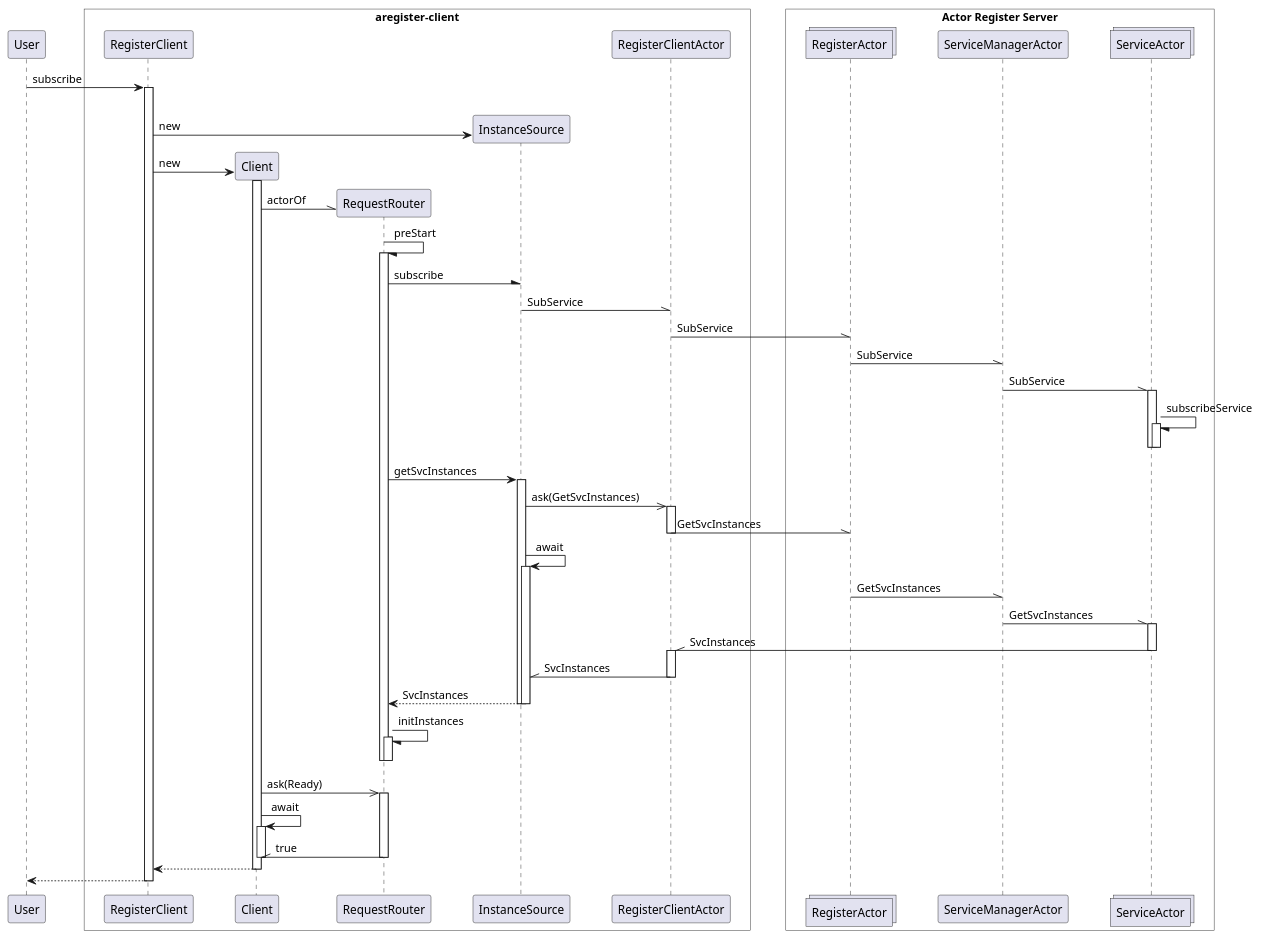
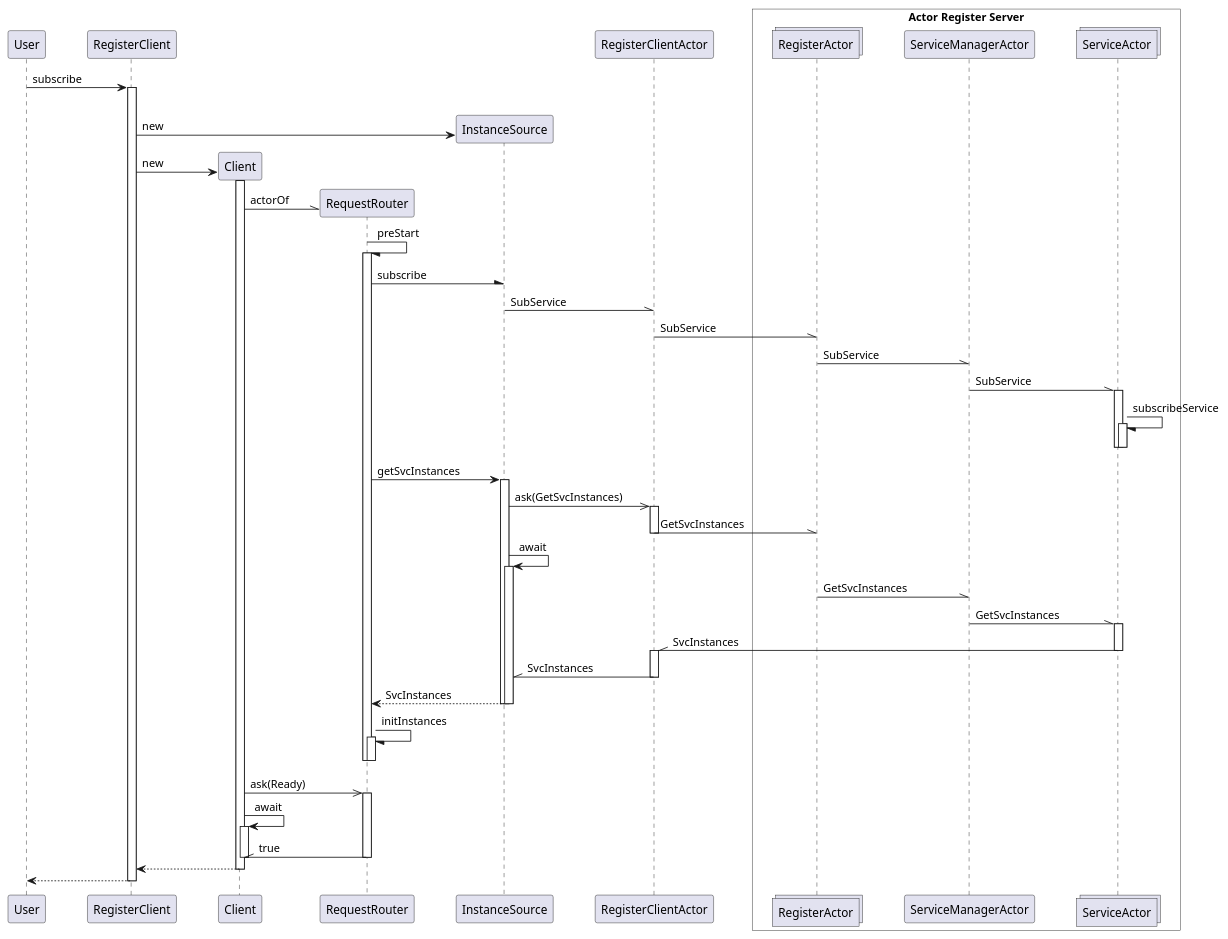
Before and after one commit to arksea/aregister: the diagram in aregister/src/main/puml/subscribe.puml, drawn with PlantUML. The commit also changed 2 other files, not shown here.

Commit message:
增加服务注册过程序列图

```diff
--- a/aregister/src/main/puml/subscribe.puml
+++ b/aregister/src/main/puml/subscribe.puml
@@ -1,89 +1,88 @@
 @startuml
 
 skinparam ParticipantPadding 20
 skinparam BoxPadding 20
 
 participant User
 
-box "aregister-client" #white
+
 participant RegisterClient
 participant Client
 participant RequestRouter
 participant InstanceSource
 participant RegisterClientActor
-end box
 
 box "Actor Register Server" #white
 collections RegisterActor
 participant ServiceManagerActor
 collections ServiceActor
 end box
 User -> RegisterClient: subscribe
 |||
 activate RegisterClient
 
 create InstanceSource
 RegisterClient -> InstanceSource: new
 create Client
 RegisterClient -> Client: new
 activate Client
 create RequestRouter
 Client -\\ RequestRouter: actorOf
 
 
 RequestRouter -/ RequestRouter: preStart
 activate RequestRouter
 
 RequestRouter -\ InstanceSource: subscribe
 InstanceSource -\\ RegisterClientActor: SubService
 RegisterClientActor -\\ RegisterActor: SubService
 RegisterActor -\\ ServiceManagerActor: SubService
 ServiceManagerActor -\\ ServiceActor: SubService
 activate ServiceActor
 ServiceActor -/ ServiceActor: subscribeService
 activate ServiceActor
 deactivate ServiceActor
 deactivate ServiceActor
 
 RequestRouter -> InstanceSource: getSvcInstances
 activate InstanceSource
 
 
 InstanceSource ->> RegisterClientActor: ask(GetSvcInstances)
 activate RegisterClientActor
 RegisterClientActor -\\ RegisterActor: GetSvcInstances
 deactivate RegisterClientActor
 InstanceSource -> InstanceSource: await
 activate InstanceSource
 
 RegisterActor -\\ ServiceManagerActor: GetSvcInstances
 ServiceManagerActor -\\ ServiceActor: GetSvcInstances
 activate ServiceActor
 RegisterClientActor  //-  ServiceActor  : SvcInstances
 deactivate ServiceActor
 activate RegisterClientActor
 InstanceSource //- RegisterClientActor :   SvcInstances
 deactivate RegisterClientActor
 
 
 
 RequestRouter  <-- InstanceSource: SvcInstances
 deactivate InstanceSource
 deactivate InstanceSource
 
 RequestRouter -/ RequestRouter: initInstances
 activate RequestRouter
 deactivate RequestRouter
 deactivate RequestRouter
 Client ->> RequestRouter: ask(Ready)
 activate RequestRouter
 Client -> Client: await
 activate Client
 RequestRouter -\\ Client: true
 deactivate RequestRouter
 deactivate Client
 Client --> RegisterClient
 deactivate Client
 RegisterClient --> User
 deactivate RegisterClient
 @enduml
```
